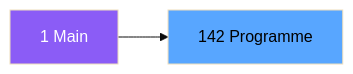
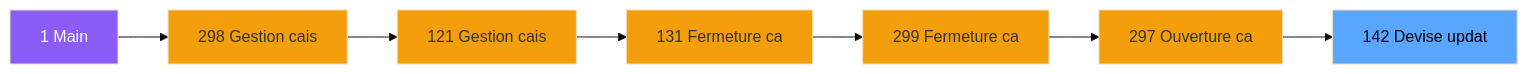
Before and after one commit to thonyAGP/magic-migration: the second of 3 diagrams in .openspec/specs/ADH-IDE-142.md, drawn with Mermaid (base theme). The commit also changed other lines of this file and 323 other files, not shown here.

````diff
--- a/.openspec/specs/ADH-IDE-142.md
+++ b/.openspec/specs/ADH-IDE-142.md
@@ -98,8 +113,23 @@
 ```mermaid
 graph LR
     M[1 Main]
-    T[142 Programme]
-    M --> T
+    N298[298 Gestion cais]
+    N121[121 Gestion cais]
+    N131[131 Fermeture ca]
+    N299[299 Fermeture ca]
+    N297[297 Ouverture ca]
+    T[142 Devise updat]
+    M --> N298
+    N298 --> N121
+    N121 --> N131
+    N131 --> N299
+    N299 --> N297
+    N297 --> T
     style M fill:#8b5cf6,color:#fff
+    style N298 fill:#f59e0b
+    style N121 fill:#f59e0b
+    style N131 fill:#f59e0b
+    style N299 fill:#f59e0b
+    style N297 fill:#f59e0b
     style T fill:#58a6ff,color:#000
 ```
````
